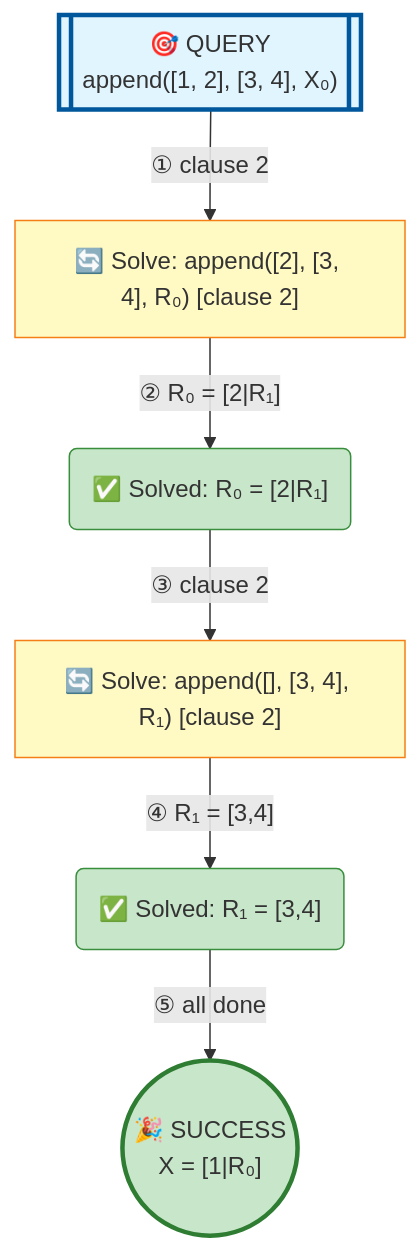
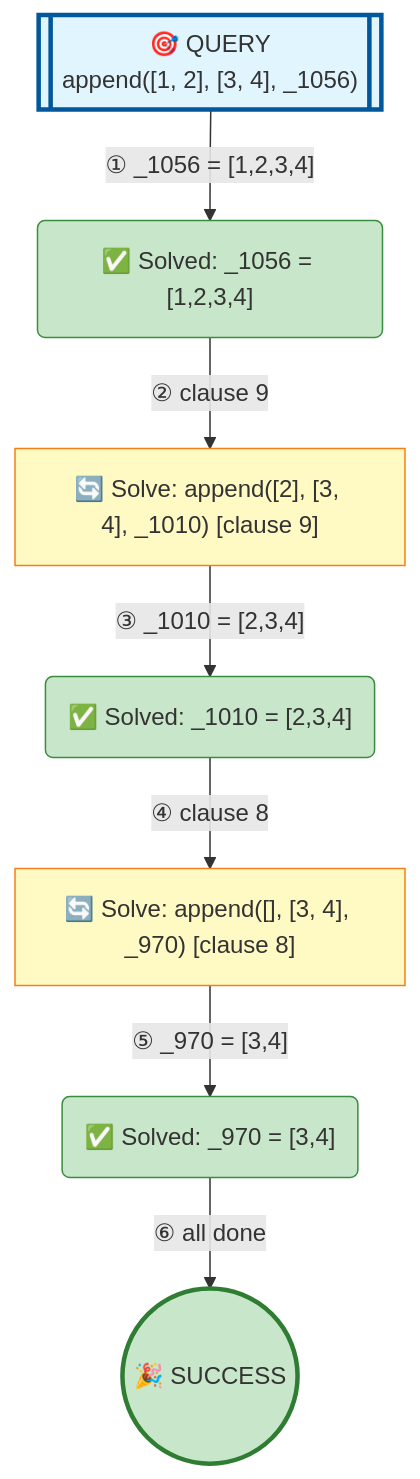
The diagram in examples/append-minimal.md (jarecsni/prolog-trace-viz), drawn with Mermaid before and after one commit. The commit also changed other lines of this file and 26 other files, not shown here.

````diff
--- a/examples/append-minimal.md
+++ b/examples/append-minimal.md
@@ -16,26 +16,29 @@
 ```mermaid
 graph TD
 
 %% Nodes
-A[["🎯 QUERY<br/>append([1, 2], [3, 4], X₀)"]]
-B["🔄 Solve: append([2], [3, 4], R₀) [clause 2]"]
-C("✅ Solved: R₀ = [2|R₁]")
-D["🔄 Solve: append([], [3, 4], R₁) [clause 2]"]
-E("✅ Solved: R₁ = [3,4]")
-F(("🎉 SUCCESS<br/>X = [1|R₀]"))
+A[["🎯 QUERY<br/>append([1, 2], [3, 4], _1056)"]]
+B("✅ Solved: _1056 = [1,2,3,4]")
+C["🔄 Solve: append([2], [3, 4], _1010) [clause 9]"]
+D("✅ Solved: _1010 = [2,3,4]")
+E["🔄 Solve: append([], [3, 4], _970) [clause 8]"]
+F("✅ Solved: _970 = [3,4]")
+G(("🎉 SUCCESS"))
 
 %% Edges
-A -->|"① clause 2"| B
-B -->|"② R₀ = [2|R₁]"| C
-C -->|"③ clause 2"| D
-D -->|"④ R₁ = [3,4]"| E
-E -->|"⑤ all done"| F
+A -->|"① _1056 = [1,2,3,4]"| B
+B -->|"② clause 9"| C
+C -->|"③ _1010 = [2,3,4]"| D
+D -->|"④ clause 8"| E
+E -->|"⑤ _970 = [3,4]"| F
+F -->|"⑥ all done"| G
 
 %% Styles
 style A fill:#e1f5ff,stroke:#01579b,stroke-width:3px
-style B fill:#fff9c4,stroke:#f57f17
-style C fill:#c8e6c9,stroke:#388e3c
-style D fill:#fff9c4,stroke:#f57f17
-style E fill:#c8e6c9,stroke:#388e3c
-style F fill:#c8e6c9,stroke:#2e7d32,stroke-width:3px
+style B fill:#c8e6c9,stroke:#388e3c
+style C fill:#fff9c4,stroke:#f57f17
+style D fill:#c8e6c9,stroke:#388e3c
+style E fill:#fff9c4,stroke:#f57f17
+style F fill:#c8e6c9,stroke:#388e3c
+style G fill:#c8e6c9,stroke:#2e7d32,stroke-width:3px
 ```
````
